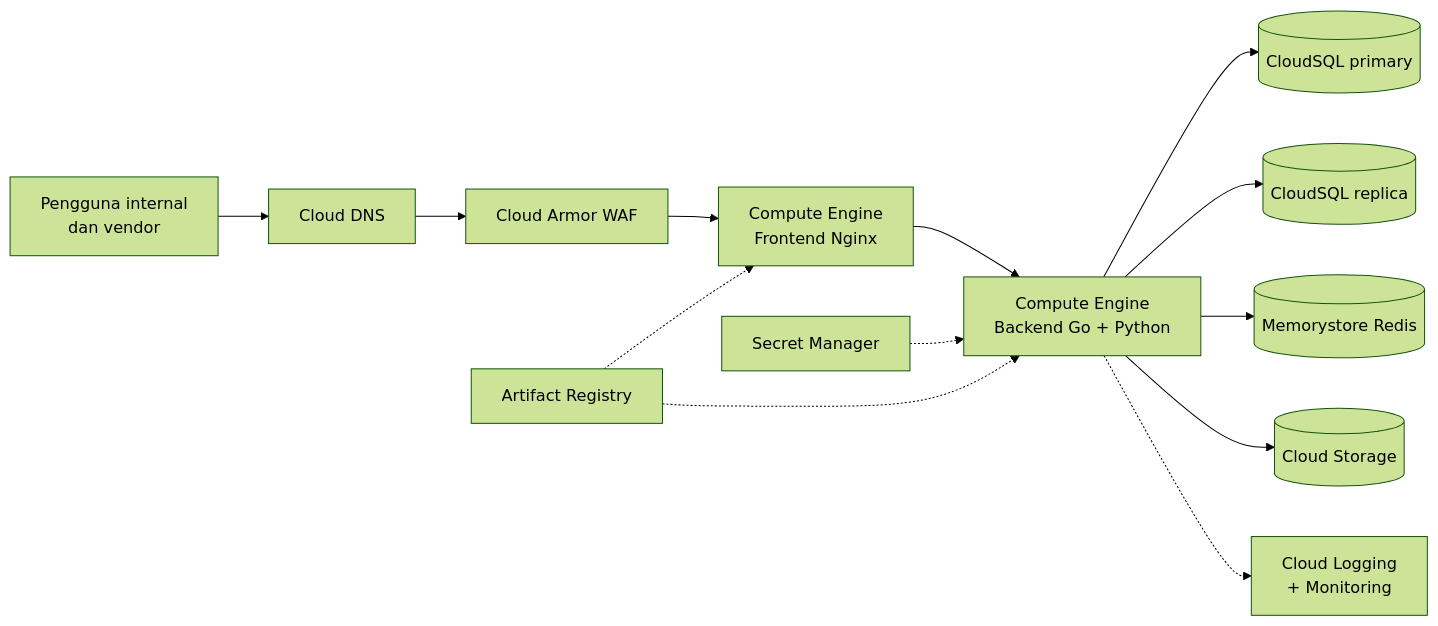
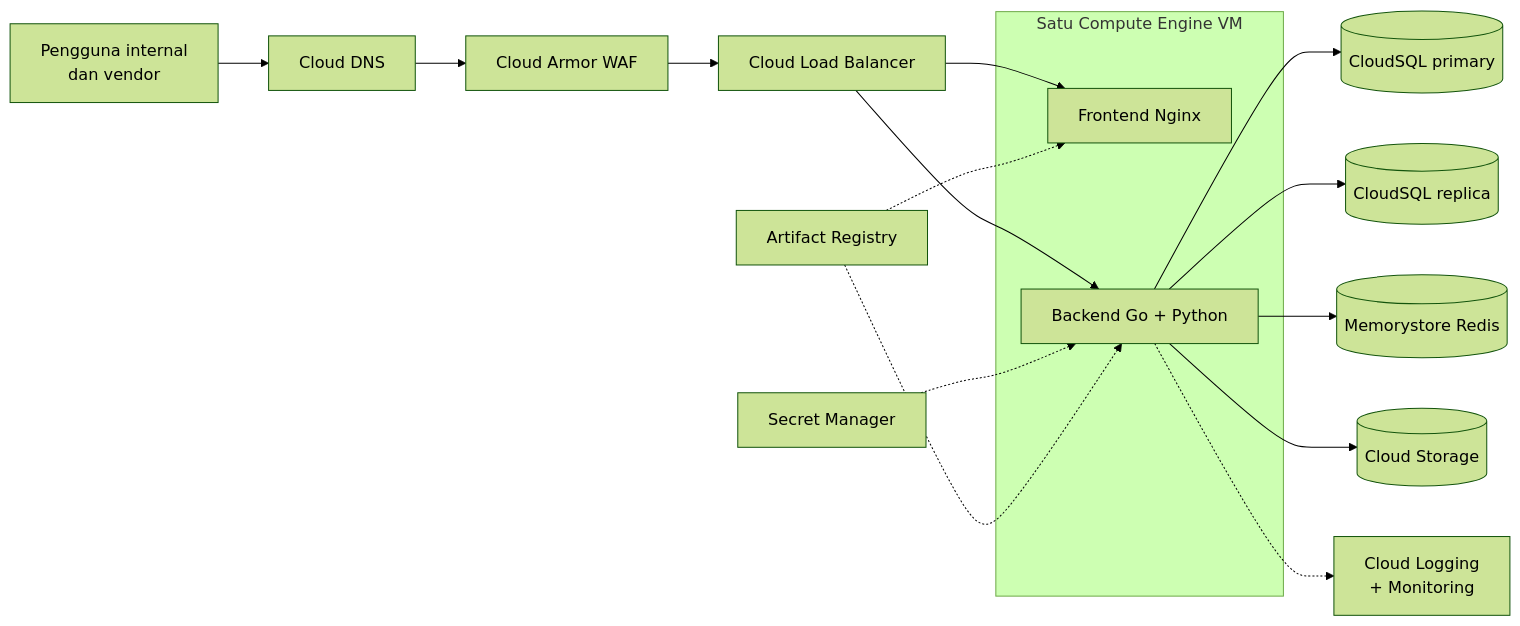
Before and after one commit to sanjayayudha18/project_cms: the third of 5 diagrams in .claude/docs/Crown-documentations.md, drawn with Mermaid (forest theme). The commit also changed other lines of this file and 4 other files, not shown here.

Commit message:
update dokumentasi compute engine dan docker

````diff
--- a/.claude/docs/Crown-documentations.md
+++ b/.claude/docs/Crown-documentations.md
@@ -248,14 +248,19 @@
 ```mermaid
 flowchart LR
   U[Pengguna internal<br/>dan vendor] --> DNS[Cloud DNS] --> ARMOR[Cloud Armor WAF]
-  ARMOR --> VMFE[Compute Engine<br/>Frontend Nginx]
-  VMFE --> VMBE[Compute Engine<br/>Backend Go + Python]
+  ARMOR --> LB[Cloud Load Balancer]
+  subgraph VM[Satu Compute Engine VM]
+    VMFE[Frontend Nginx]
+    VMBE[Backend Go + Python]
+  end
+  LB --> VMFE
+  LB --> VMBE
   VMBE --> SQLP[(CloudSQL primary)]
   VMBE --> SQLR[(CloudSQL replica)]
   VMBE --> MEM[(Memorystore Redis)]
   VMBE --> GCS[(Cloud Storage)]
   SEC[Secret Manager] -.-> VMBE
   AR[Artifact Registry] -.-> VMFE
   AR -.-> VMBE
   VMBE -.-> LOG[Cloud Logging<br/>+ Monitoring]
 ```
````
